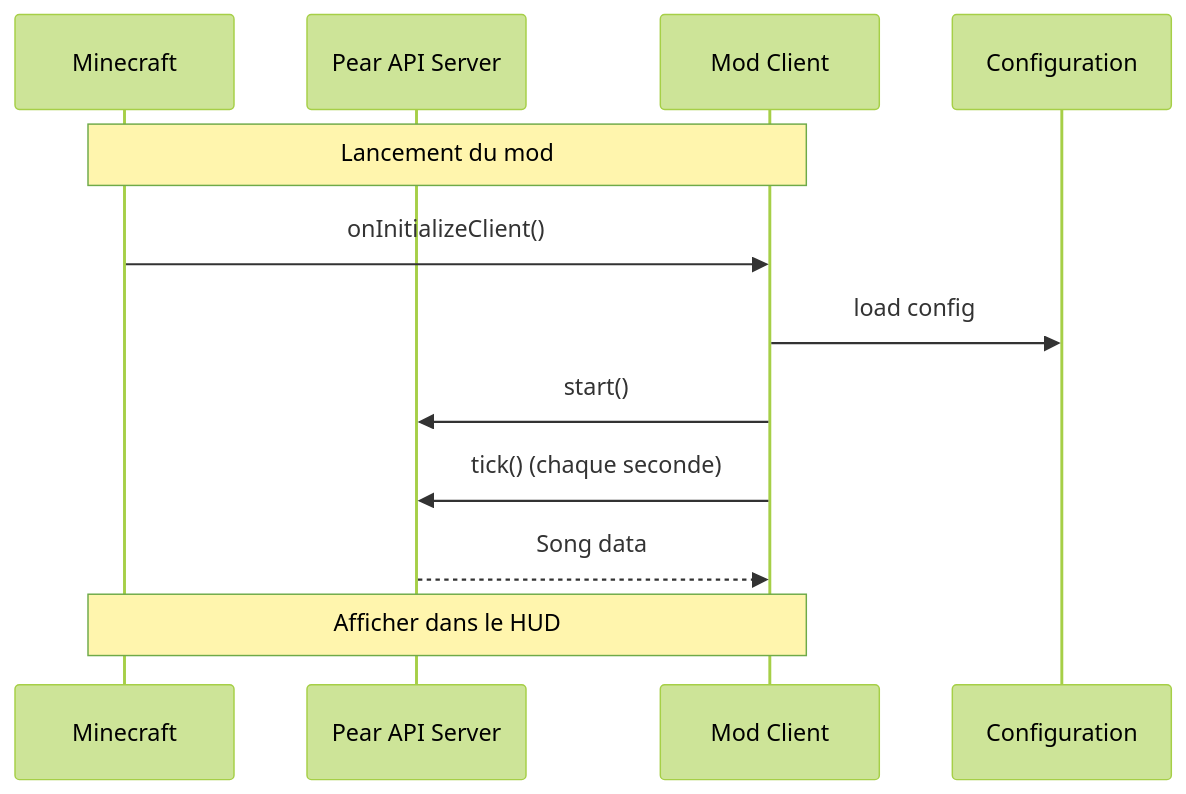
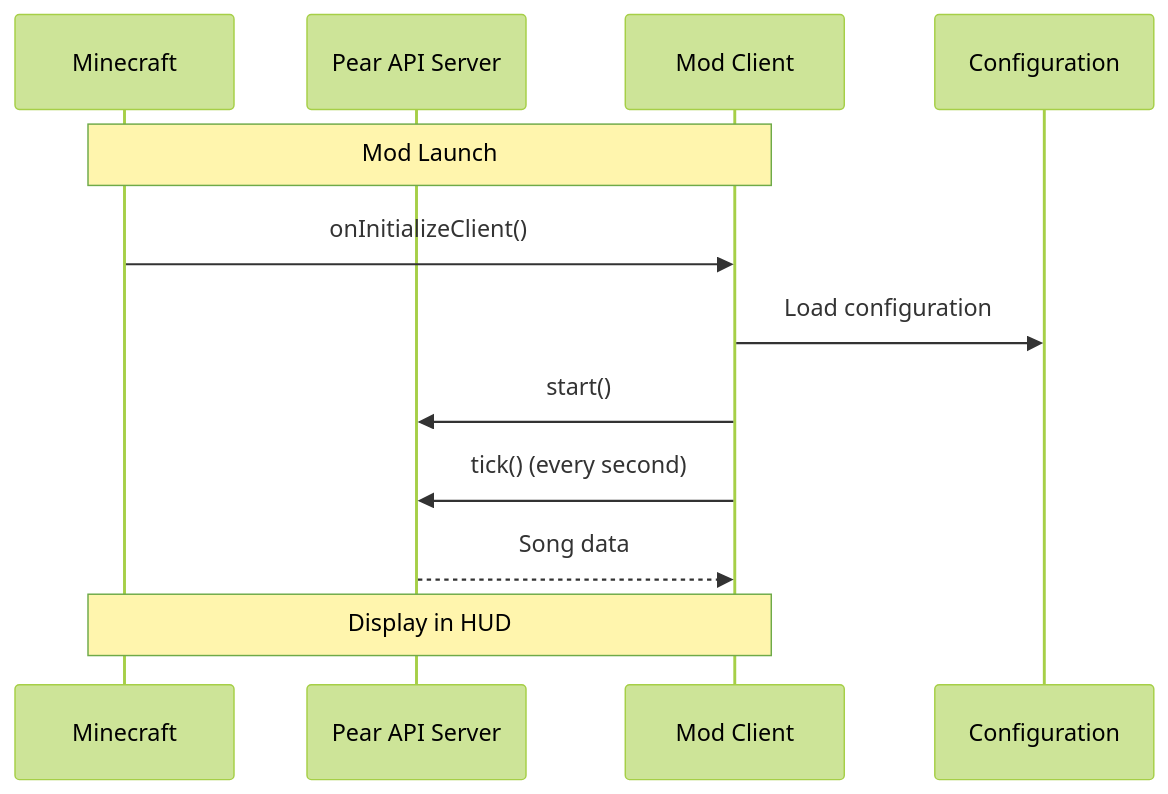
Before and after one commit to JusteKal/mc_pearhud: the diagram in README.md, drawn with Mermaid (forest theme). The commit also changed other lines of this file, not shown here.

````diff
--- a/README.md
+++ b/README.md
@@ -128,18 +127,18 @@
 ```mermaid
 sequenceDiagram
     participant Minecraft as Minecraft
     participant PearApi as Pear API Server
     participant PearHudClient as Mod Client
     Participant Config as Configuration
 
-    Note over Minecraft,PearHudClient: Lancement du mod
-    
+    Note over Minecraft,PearHudClient: Mod Launch
+
     Minecraft->>PearHudClient: onInitializeClient()
-    PearHudClient->>Config: load config
+    PearHudClient->>Config: Load configuration
     PearHudClient->>PearApi: start()
-    
-    PearHudClient->>PearApi: tick() (chaque seconde)
+
+    PearHudClient->>PearApi: tick() (every second)
     PearApi-->>PearHudClient: Song data
-    
-    Note over Minecraft,PearHudClient: Afficher dans le HUD
+
+    Note over Minecraft,PearHudClient: Display in HUD
 ```
````
